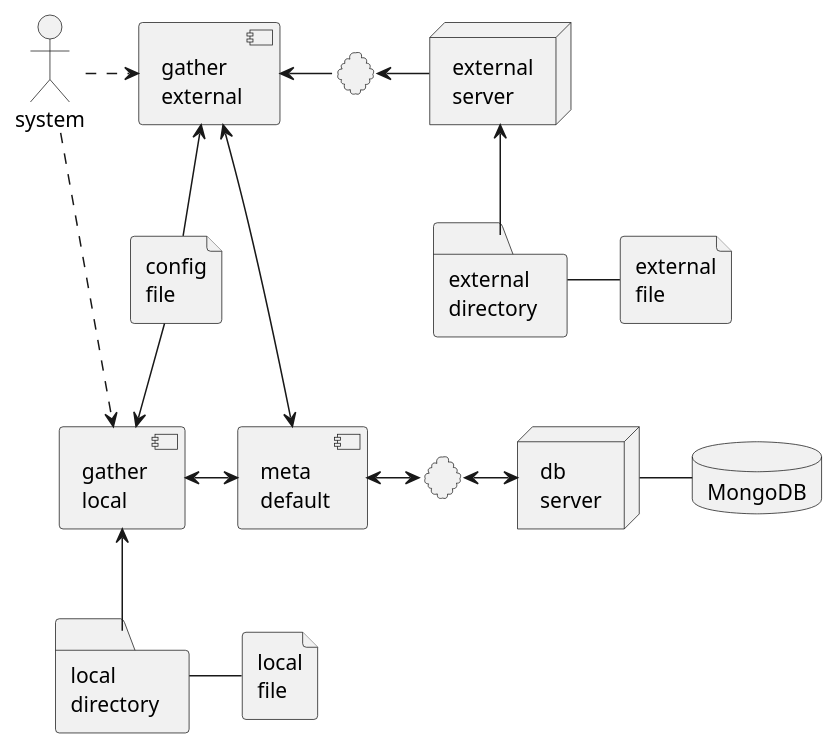
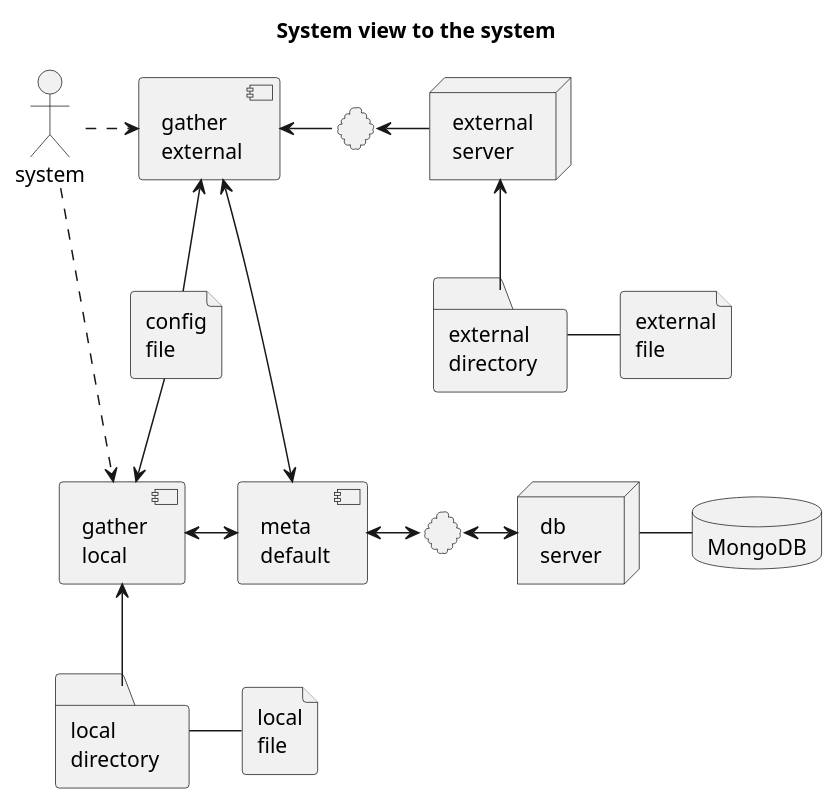
The second of 4 diagrams in doc/requirements.md (MARTIMM/Library), drawn with PlantUML before and after one commit. The commit also changed other lines of this file, not shown here.

````diff
--- a/doc/requirements.md
+++ b/doc/requirements.md
@@ -73,49 +77,49 @@
 ```plantuml
 
-'title System view to the system
+title System view to the system
 
 actor system
 
 file cfg as "config\nfile"
 
 file lfile as "local\nfile"
 file efile as "external\nfile"
 folder lfolder as "local\ndirectory"
 folder efolder as "external\ndirectory"
 
 
 component gl as "gather\nlocal"
 component ge as "gather\nexternal"
 
 component store as "meta\ndefault"
 
 database mdb as "MongoDB"
 cloud " " as internet1
 cloud " " as internet2
 node es as "external\nserver"
 node mdbs as "db\nserver"
 
 
 lfolder - lfile
 efolder - efile
 es <-- efolder
 
 mdbs - mdb
 
 system .> ge
 system ..> gl
 
 cfg --> gl
 
 gl <-- lfolder
 gl <-> store
 store <-> internet2
 internet2 <-> mdbs
 
 
 ge <-- cfg
 internet1 <- es
 ge <- internet1
 ge <--> store
 
 ```
````
